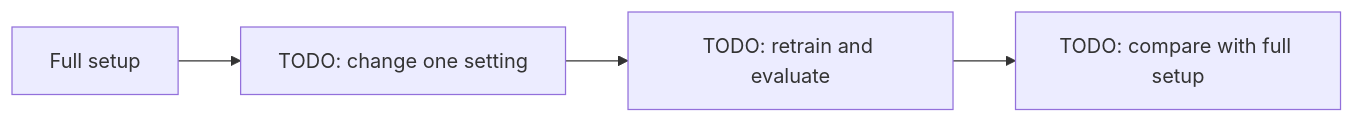
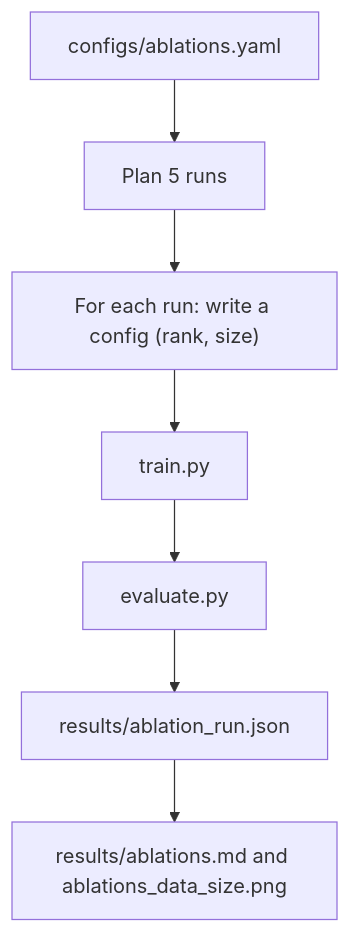
One commit to preetik92002-tech/llm-finetune-cyber changed the diagram in docs/stage-08-ablations/README.md. Above: the diagram before and after it, drawn with Mermaid. The commit also changed other lines of this file and 33 other files, not shown here.

Commit message:
docs: add root README, journal and errors-and-fixes log add metrics ledger and stage READMEs feat(docs): generate charts from stats files

````diff
--- a/docs/stage-08-ablations/README.md
+++ b/docs/stage-08-ablations/README.md
@@ -19,6 +20,9 @@
 ```mermaid
-flowchart LR
-    A["Full setup"] --> B["TODO: change one setting"]
-    B --> C["TODO: retrain and evaluate"]
-    C --> D["TODO: compare with full setup"]
+flowchart TD
+    A["configs/ablations.yaml"] --> B["Plan 5 runs"]
+    B --> C["For each run: write a config (rank, size)"]
+    C --> D["train.py"]
+    D --> E["evaluate.py"]
+    E --> F["results/ablation_run.json"]
+    F --> G["results/ablations.md and ablations_data_size.png"]
 ```
````
